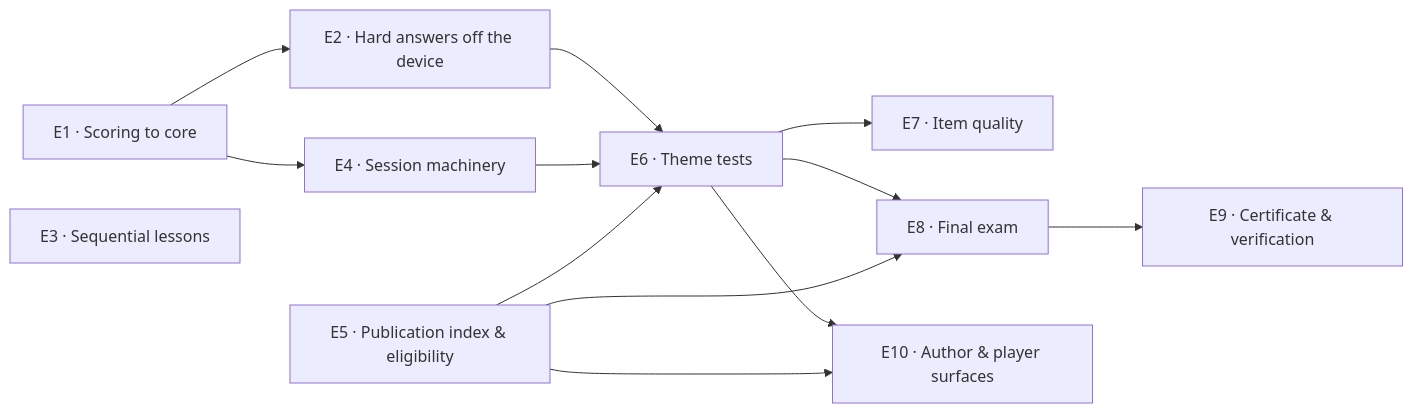
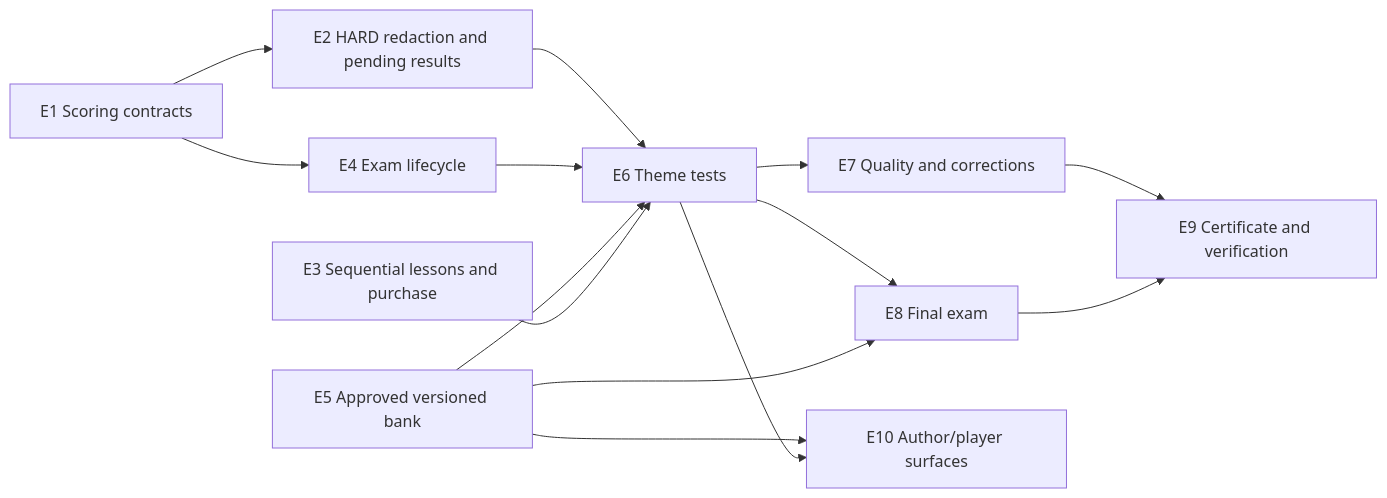
One commit to tpov/schoolquiz3.0 changed the diagram in _bmad-output/planning-artifacts/architecture/architecture-schoolquiz3.0-2026-08-29/epic-breakdown.md. Above: the diagram before and after it, drawn with Mermaid. The commit also changed other lines of this file and 247 other files, not shown here.

Commit message:
docs(bmad): planning baseline for night dispatch — initiative mvp-candidate (10 epics, tickets), 2026-09-29 spine + reviews, assessment contracts/fixtures, spec-schoolquiz3.0, spec-theme-exams reconciliation, PRD/continuation-plan inputs, Sep-27 evidence; ux-designs catalog stays untracked (337M)

````diff
--- a/_bmad-output/planning-artifacts/architecture/architecture-schoolquiz3.0-2026-08-29/epic-breakdown.md
+++ b/_bmad-output/planning-artifacts/architecture/architecture-schoolquiz3.0-2026-08-29/epic-breakdown.md
@@ -9,25 +7,16 @@
 ```mermaid
-graph LR
-    E1["E1 · Scoring to core"]
-    E2["E2 · Hard answers off the device"]
-    E3["E3 · Sequential lessons"]
-    E4["E4 · Session machinery"]
-    E5["E5 · Publication index & eligibility"]
-    E6["E6 · Theme tests"]
-    E7["E7 · Item quality"]
-    E8["E8 · Final exam"]
-    E9["E9 · Certificate & verification"]
-    E10["E10 · Author & player surfaces"]
-
-    E1 --> E2
-    E1 --> E4
-    E2 --> E6
+flowchart LR
+    E1["E1 Scoring contracts"] --> E2["E2 HARD redaction and pending results"]
+    E1 --> E4["E4 Exam lifecycle"]
+    E2 --> E6["E6 Theme tests"]
     E4 --> E6
-    E5 --> E6
-    E6 --> E7
-    E6 --> E8
+    E5["E5 Approved versioned bank"] --> E6
+    E6 --> E7["E7 Quality and corrections"]
+    E6 --> E8["E8 Final exam"]
     E5 --> E8
+    E7 --> E9["E9 Certificate and verification"]
     E8 --> E9
+    E5 --> E10["E10 Author/player surfaces"]
     E6 --> E10
-    E5 --> E10
+    E3["E3 Sequential lessons and purchase"] --> E6
 ```
````
